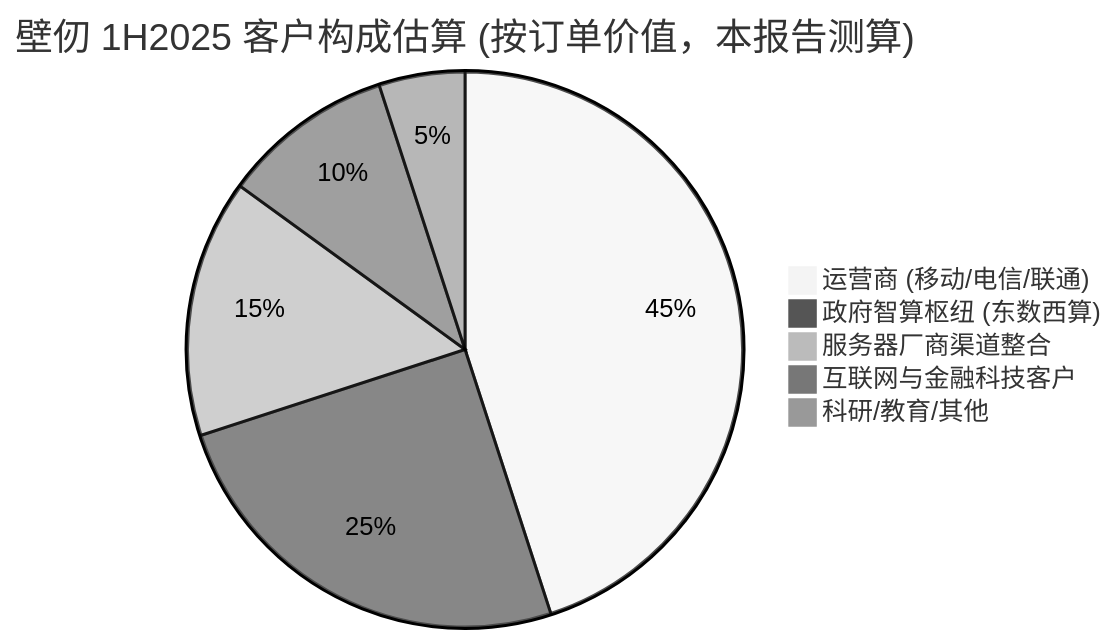
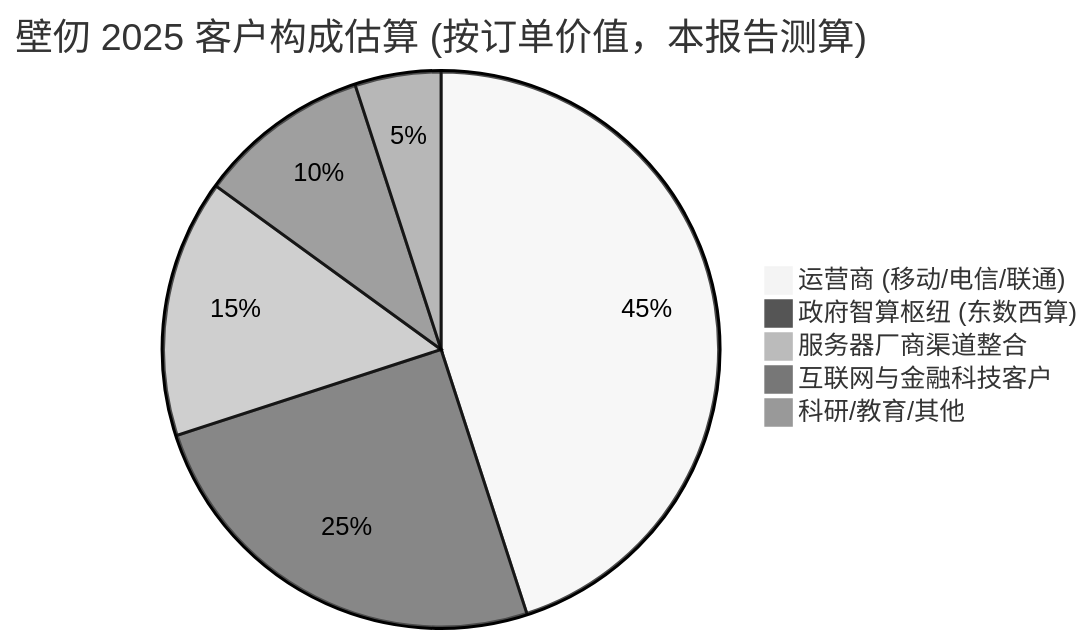
Before and after one commit to dadachundan/financial_agent: the third of 4 diagrams in reports/company/Biren_壁仞科技_HKEX6082/Biren_壁仞科技_HKEX6082_公司研究.md, drawn with Mermaid (neutral theme). The commit also changed other lines of this file and 13 other files, not shown here.

First line of the commit message:
feat(company-research): refresh Biren (HKEX:6082) — decision layer + full chart suite + English-first rename

````diff
--- a/reports/company/Biren_壁仞科技_HKEX6082/Biren_壁仞科技_HKEX6082_公司研究.md
+++ b/reports/company/Biren_壁仞科技_HKEX6082/Biren_壁仞科技_HKEX6082_公司研究.md
@@ -183,8 +813,8 @@
 ```mermaid
-pie title 壁仞 1H2025 客户构成估算 (按订单价值，本报告测算)
+pie title 壁仞 2025 客户构成估算 (按订单价值，本报告测算)
     "运营商 (移动/电信/联通)" : 45
     "政府智算枢纽 (东数西算)" : 25
     "服务器厂商渠道整合" : 15
     "互联网与金融科技客户" : 10
     "科研/教育/其他" : 5
 ```
````
